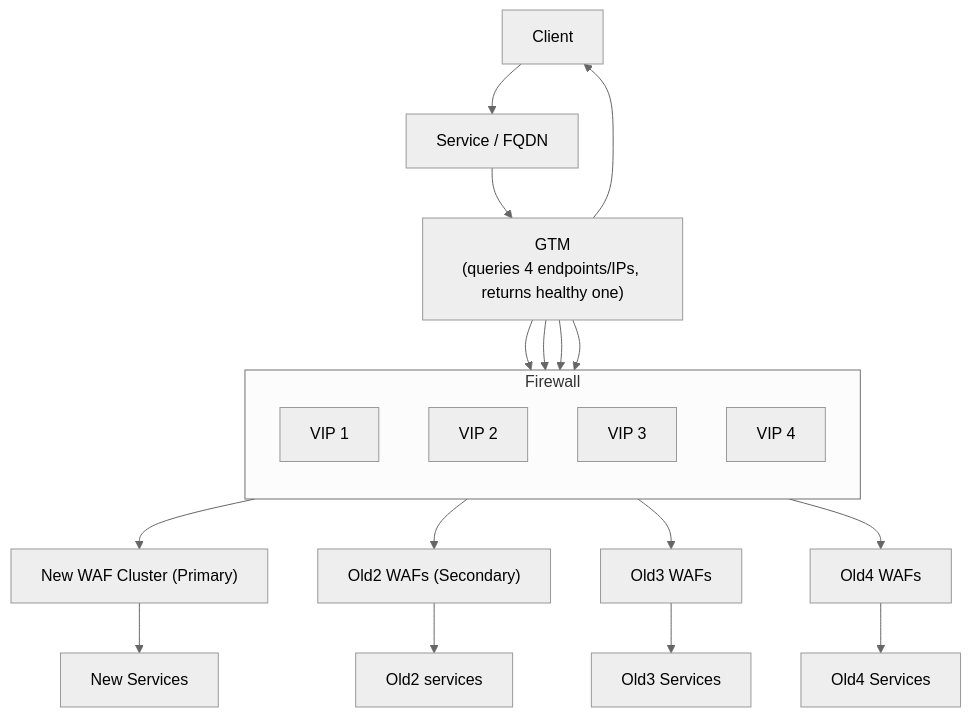
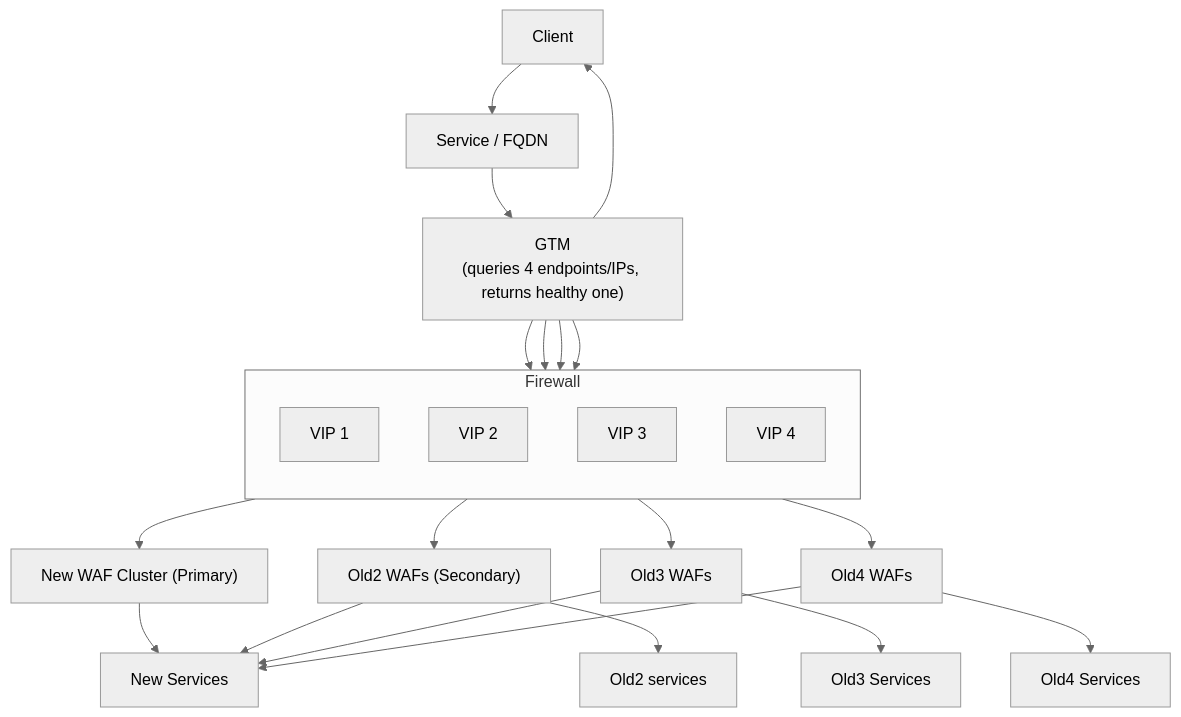
One commit to jfang88/SampleDiagrams changed the diagram in GTM-WAF.md. Above: the diagram before and after it, drawn with Mermaid (neutral theme).

````diff
--- a/GTM-WAF.md
+++ b/GTM-WAF.md
@@ -1,45 +1,50 @@
 ```mermaid
 graph TD
     Client["Client"]
     ServiceFQDN["Service / FQDN"]
     GTM["GTM\n(queries 4 endpoints/IPs, returns healthy one)"]
 
     subgraph Firewall
         direction TB
         VIP1["VIP 1"]
         VIP2["VIP 2"]
         VIP3["VIP 3"]
         VIP4["VIP 4"]
     end
 
     WAF1["New WAF Cluster (Primary)"]
     WAF2["Old2 WAFs (Secondary)"]
     WAF3["Old3 WAFs"]
     WAF4["Old4 WAFs"]
 
     VPC1["New Services"]
     VPC2["Old2 services"]
     VPC3["Old3 Services"]
     VPC4["Old4 Services"]
 
     Client --> ServiceFQDN
     ServiceFQDN --> GTM
     GTM --> Client
 
     GTM --> VIP1
     GTM --> VIP2
     GTM --> VIP3
     GTM --> VIP4
 
     VIP1 --> WAF1
     VIP2 --> WAF2
     VIP3 --> WAF3
     VIP4 --> WAF4
 
     WAF1 --> VPC1
     WAF2 --> VPC2
+    WAF2 --> VPC1
+
     WAF3 --> VPC3
+    WAF3 --> VPC1
+
     WAF4 --> VPC4
+    WAF4 --> VPC1
 
 
 ```
````
